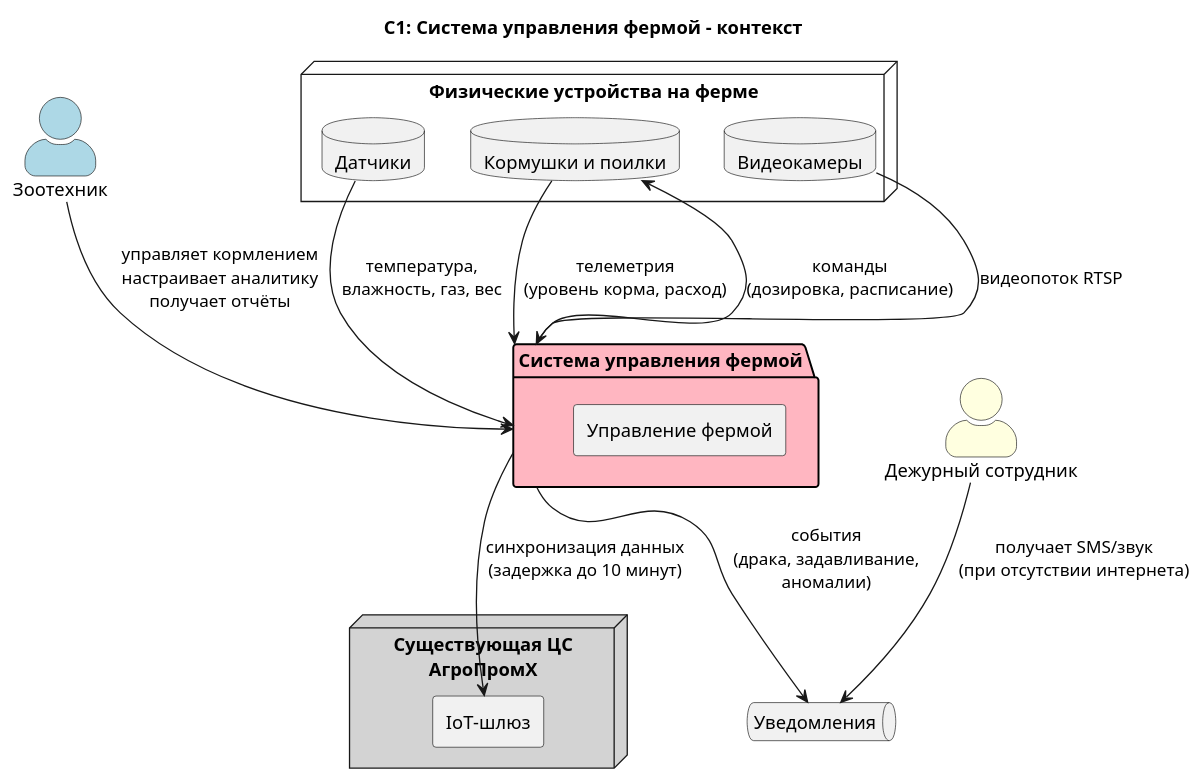
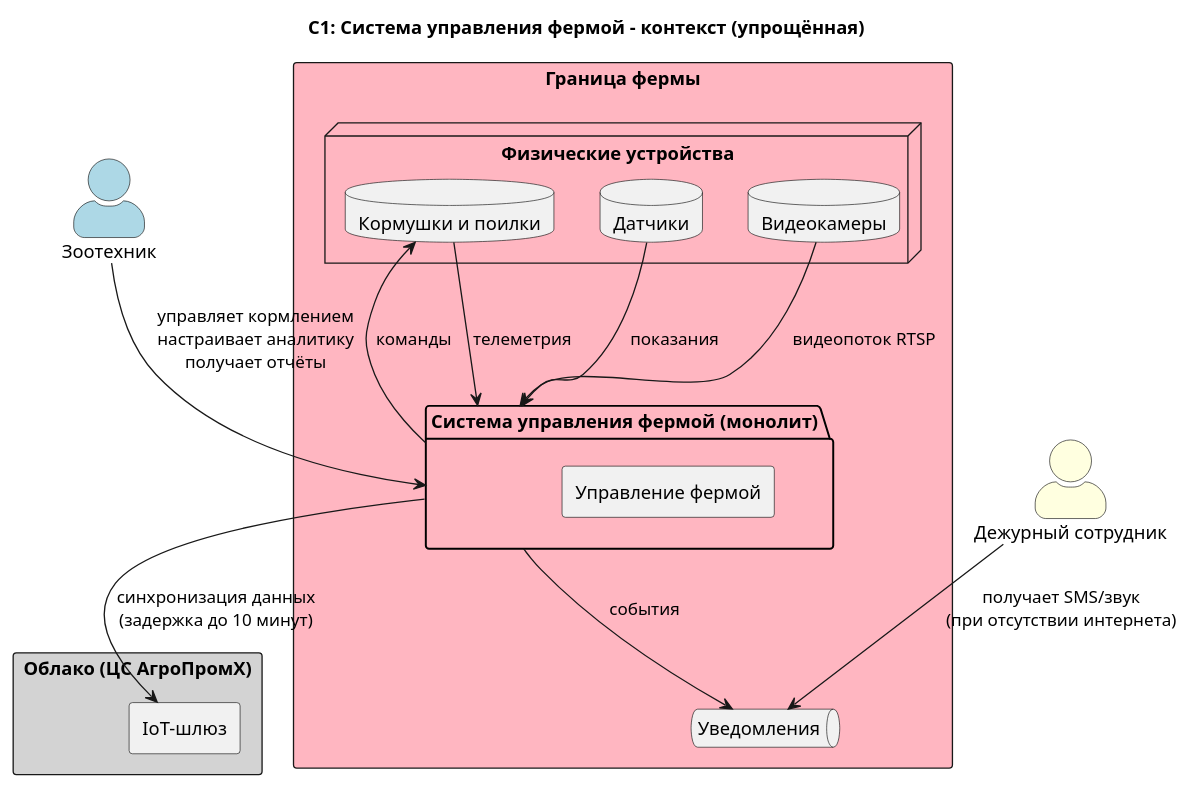
The second of 2 diagrams in Task1/adr.md (sdilman/MSA-AgroTech), drawn with PlantUML before and after one commit. The commit also changed other lines of this file, not shown here.

````diff
--- a/Task1/adr.md
+++ b/Task1/adr.md
@@ -79,47 +105,51 @@
 ```plantuml
 @startuml C1_Alt
+
 skinparam shadowing false
 skinparam componentStyle rectangle
 skinparam actorStyle awesome
-title C1: Система управления фермой - контекст
+title C1: Система управления фермой - контекст (упрощённая)
 
 actor "Зоотехник" as Zootech #LightBlue
 actor "Дежурный сотрудник" as LocalOperator #LightYellow
 
-node "Существующая ЦС\nАгроПромХ" as CentralSystem #LightGray {
+rectangle "Облако (ЦС АгроПромХ)" #LightGray {
   component "IoT-шлюз" as IoTGateway
 }
 
-package "Система управления фермой" as FarmSystem #LightPink {
-  component "Управление фермой" as FarmController
+rectangle "Граница фермы" #LightPink {
+
+  package "Система управления фермой (монолит)" as FarmSystem {
+    component "Управление фермой" as FarmController
+  }
+  
+  queue "Уведомления" as Notifications
+  
+  node "Физические устройства" as Devices {
+    database "Кормушки и поилки" as Feeders
+    database "Датчики" as Sensors
+    database "Видеокамеры" as Cameras
+  }
 }
 
-queue "Уведомления" as Notifications
-
-node "Физические устройства на ферме" as Devices {
-  database "Кормушки и поилки" as Feeders
-  database "Датчики" as Sensors
-  database "Видеокамеры" as Cameras
-}
-
-' === Пользователи ===
+' Пользователи
 Zootech --> FarmSystem : управляет кормлением\nнастраивает аналитику\nполучает отчёты
 
 LocalOperator --> Notifications : получает SMS/звук\n(при отсутствии интернета)
 
-' === Физические устройства ===
-Feeders --> FarmSystem : телеметрия\n(уровень корма, расход)
-FarmSystem --> Feeders : команды\n(дозировка, расписание)
+' Физические устройства
+Feeders --> FarmSystem : телеметрия
+FarmSystem --> Feeders : команды
 
-Sensors --> FarmSystem : температура,\nвлажность, газ, вес
+Sensors --> FarmSystem : показания
 
 Cameras --> FarmSystem : видеопоток RTSP
 
-' === Уведомления ===
-FarmSystem --> Notifications : события\n(драка, задавливание,\nаномалии)
+' Уведомления
+FarmSystem --> Notifications : события
 
-' === Существующая ЦС ===
+' Синхронизация с облаком
 FarmSystem --> IoTGateway : синхронизация данных\n(задержка до 10 минут)
 
 @enduml
 ```
````
